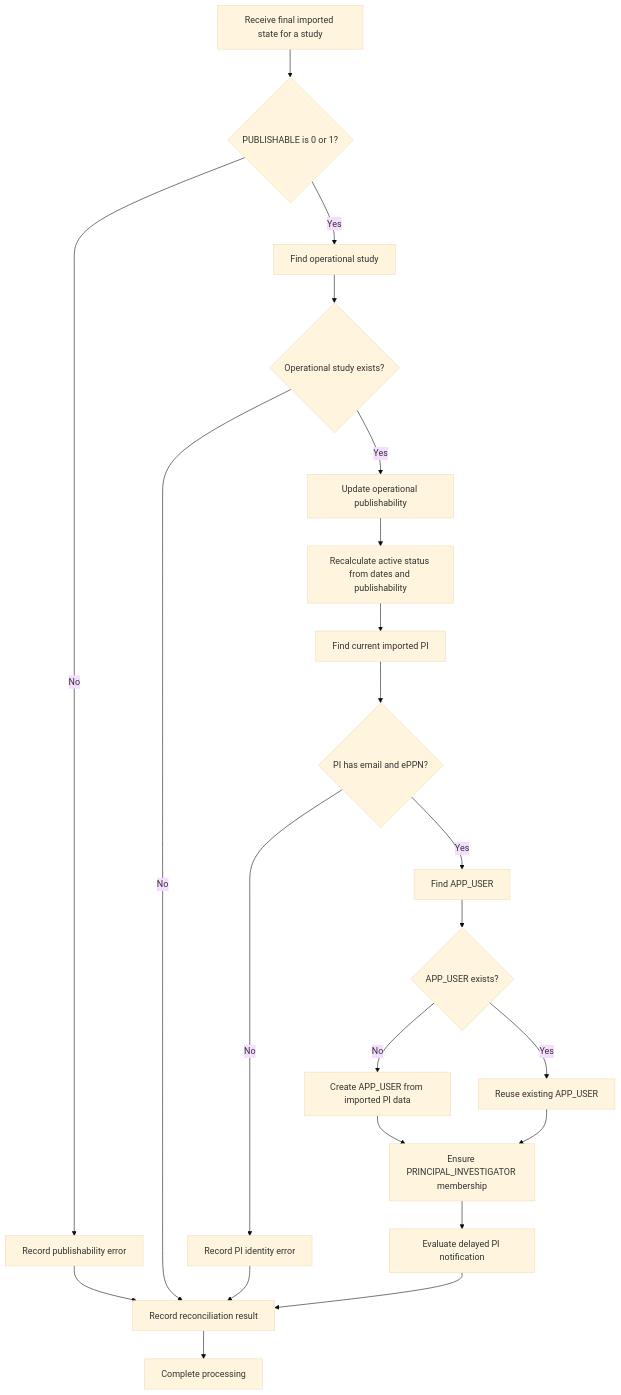
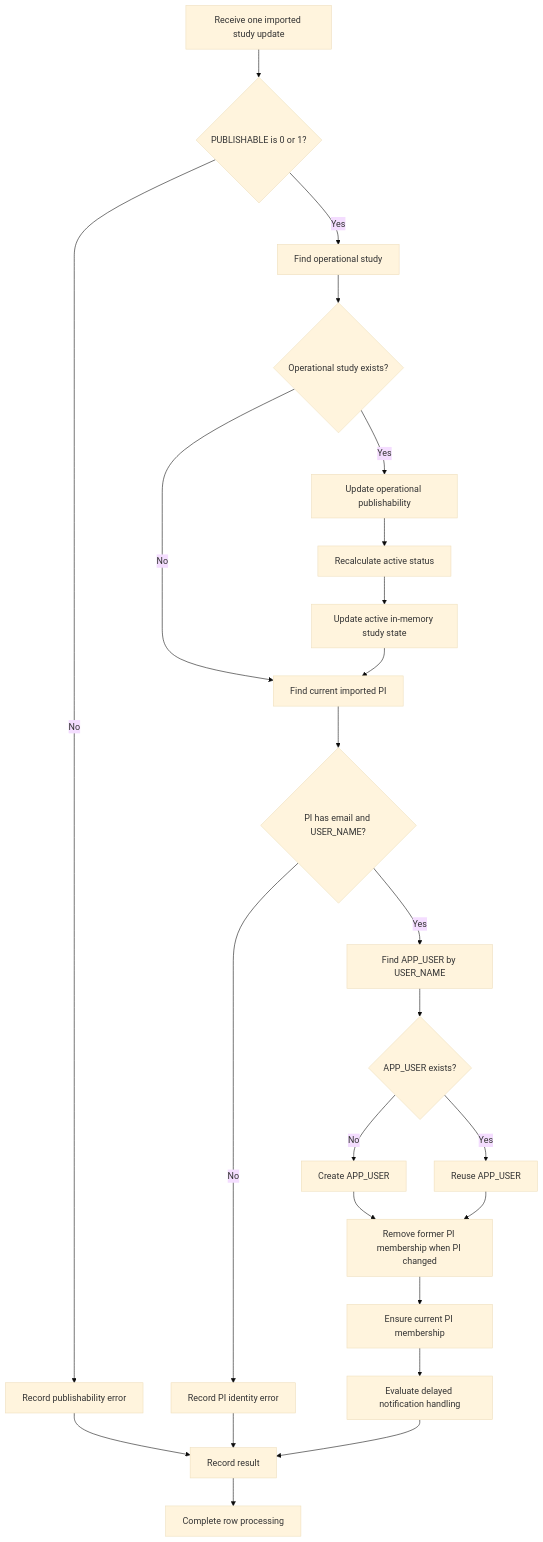
One commit to umich-michr/yhr-context changed the diagram in docs/03-institutional-governance/reconciliation.md. Above: the diagram before and after it, drawn with Mermaid (base theme). The commit also changed other lines of this file and 79 other files, not shown here.

````diff
--- a/docs/03-institutional-governance/reconciliation.md
+++ b/docs/03-institutional-governance/reconciliation.md
@@ -55,50 +67,53 @@
 ```mermaid
 flowchart TD
-    START[Receive final imported state for a study]
+    START[Receive one imported study update]
     PUBVALID{PUBLISHABLE is 0 or 1?}
     PUBERROR[Record publishability error]
     FINDSTUDY[Find operational study]
     STUDYEXISTS{Operational study exists?}
     UPDATEPUB[Update operational publishability]
-    CALCSTATUS[Recalculate active status from dates and publishability]
+    CALCSTATUS[Recalculate active status]
+    SYNCMEMORY[Update active in-memory study state]
     FINDPI[Find current imported PI]
-    PICOMPLETE{PI has email and ePPN?}
+    PICOMPLETE{PI has email and USER_NAME?}
     PIERROR[Record PI identity error]
-    FINDUSER[Find APP_USER]
+    FINDUSER[Find APP_USER by USER_NAME]
     USEREXISTS{APP_USER exists?}
-    CREATEUSER[Create APP_USER from imported PI data]
-    REUSEUSER[Reuse existing APP_USER]
-    ENSUREMEMBER[Ensure PRINCIPAL_INVESTIGATOR membership]
-    NOTIFY[Evaluate delayed PI notification]
-    AUDIT[Record reconciliation result]
-    END[Complete processing]
+    CREATEUSER[Create APP_USER]
+    REUSEUSER[Reuse APP_USER]
+    REMOVEFORMER[Remove former PI membership when PI changed]
+    ENSUREMEMBER[Ensure current PI membership]
+    NOTIFY[Evaluate delayed notification handling]
+    AUDIT[Record result]
+    END[Complete row processing]
 
     START --> PUBVALID
     PUBVALID -- No --> PUBERROR
     PUBVALID -- Yes --> FINDSTUDY
 
     FINDSTUDY --> STUDYEXISTS
-    STUDYEXISTS -- No --> AUDIT
+    STUDYEXISTS -- No --> FINDPI
     STUDYEXISTS -- Yes --> UPDATEPUB
 
     UPDATEPUB --> CALCSTATUS
-    CALCSTATUS --> FINDPI
+    CALCSTATUS --> SYNCMEMORY
+    SYNCMEMORY --> FINDPI
     FINDPI --> PICOMPLETE
 
     PICOMPLETE -- No --> PIERROR
     PICOMPLETE -- Yes --> FINDUSER
 
     FINDUSER --> USEREXISTS
     USEREXISTS -- No --> CREATEUSER
     USEREXISTS -- Yes --> REUSEUSER
 
-    CREATEUSER --> ENSUREMEMBER
-    REUSEUSER --> ENSUREMEMBER
-
+    CREATEUSER --> REMOVEFORMER
+    REUSEUSER --> REMOVEFORMER
+    REMOVEFORMER --> ENSUREMEMBER
     ENSUREMEMBER --> NOTIFY
     NOTIFY --> AUDIT
 
     PUBERROR --> AUDIT
     PIERROR --> AUDIT
     AUDIT --> END
 ```
````
